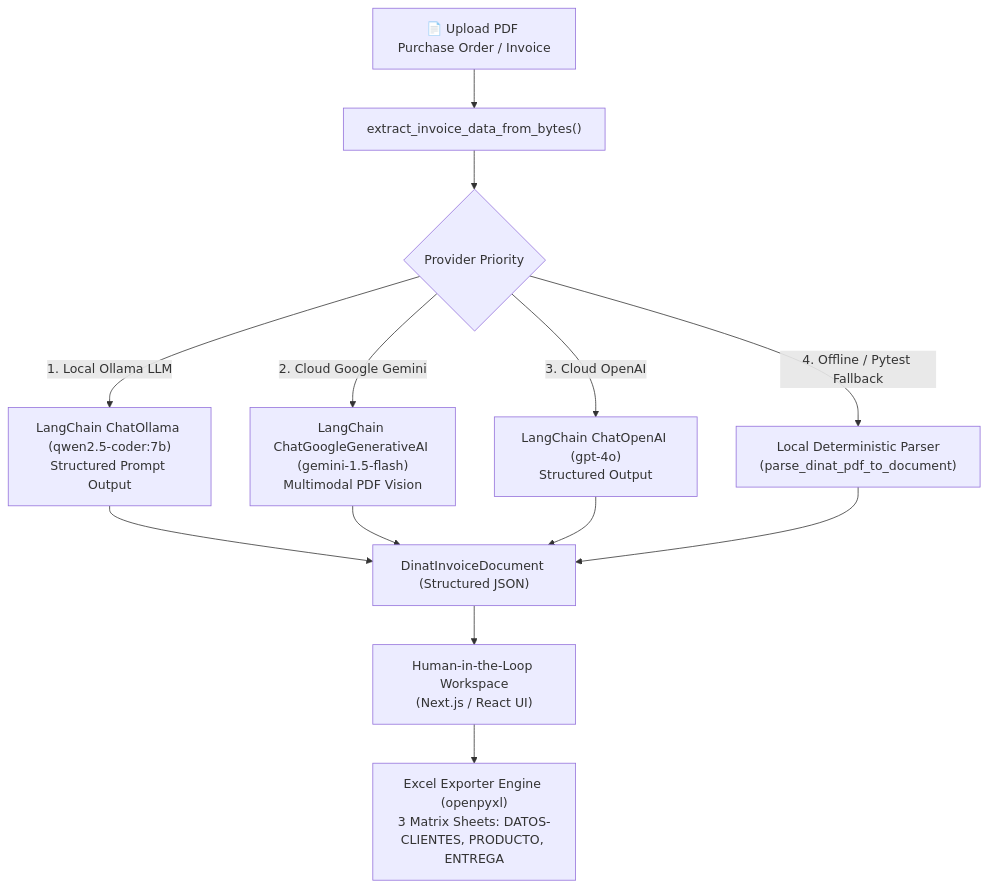
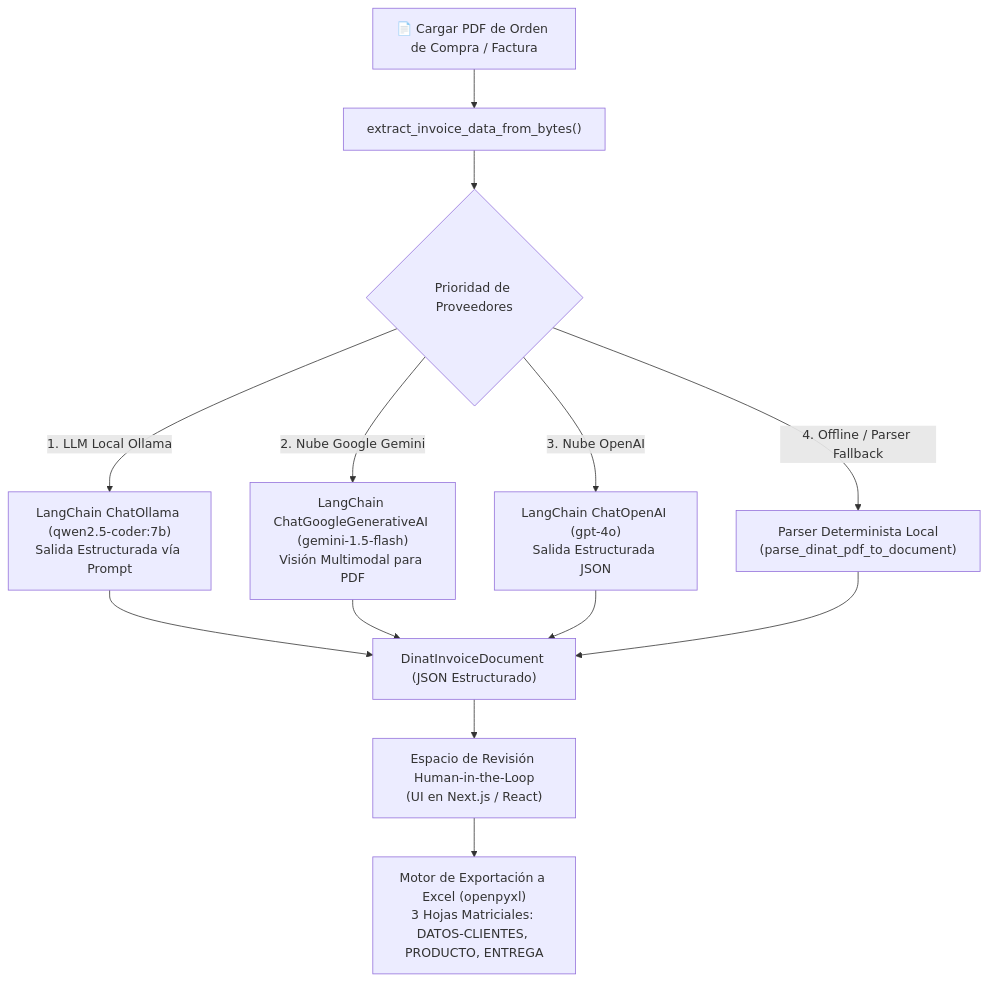
The diagram in README.md (vmpereira/Agentic), drawn with Mermaid before and after one commit. The commit also changed other lines of this file, not shown here.

````diff
--- a/README.md
+++ b/README.md
@@ -11,19 +11,19 @@
 ```mermaid
 graph TD
-    A["📄 Upload PDF Purchase Order / Invoice"] --> B["extract_invoice_data_from_bytes()"]
+    A["📄 Cargar PDF de Orden de Compra / Factura"] --> B["extract_invoice_data_from_bytes()"]
     
-    B --> C{"Provider Priority"}
+    B --> C{"Prioridad de Proveedores"}
     
-    C -->|1. Local Ollama LLM| D["LangChain ChatOllama (qwen2.5-coder:7b)<br/>Structured Prompt Output"]
-    C -->|2. Cloud Google Gemini| E["LangChain ChatGoogleGenerativeAI (gemini-1.5-flash)<br/>Multimodal PDF Vision"]
-    C -->|3. Cloud OpenAI| F["LangChain ChatOpenAI (gpt-4o)<br/>Structured Output"]
-    C -->|4. Offline / Pytest Fallback| G["Local Deterministic Parser<br/>(parse_dinat_pdf_to_document)"]
+    C -->|1. LLM Local Ollama| D["LangChain ChatOllama (qwen2.5-coder:7b)<br/>Salida Estructurada vía Prompt"]
+    C -->|2. Nube Google Gemini| E["LangChain ChatGoogleGenerativeAI (gemini-1.5-flash)<br/>Visión Multimodal para PDF"]
+    C -->|3. Nube OpenAI| F["LangChain ChatOpenAI (gpt-4o)<br/>Salida Estructurada JSON"]
+    C -->|4. Offline / Parser Fallback| G["Parser Determinista Local<br/>(parse_dinat_pdf_to_document)"]
     
-    D --> H["DinatInvoiceDocument (Structured JSON)"]
+    D --> H["DinatInvoiceDocument (JSON Estructurado)"]
     E --> H
     F --> H
     G --> H
     
-    H --> I["Human-in-the-Loop Workspace<br/>(Next.js / React UI)"]
-    I --> J["Excel Exporter Engine (openpyxl)<br/>3 Matrix Sheets: DATOS-CLIENTES, PRODUCTO, ENTREGA"]
+    H --> I["Espacio de Revisión Human-in-the-Loop<br/>(UI en Next.js / React)"]
+    I --> J["Motor de Exportación a Excel (openpyxl)<br/>3 Hojas Matriciales: DATOS-CLIENTES, PRODUCTO, ENTREGA"]
 ```
````
